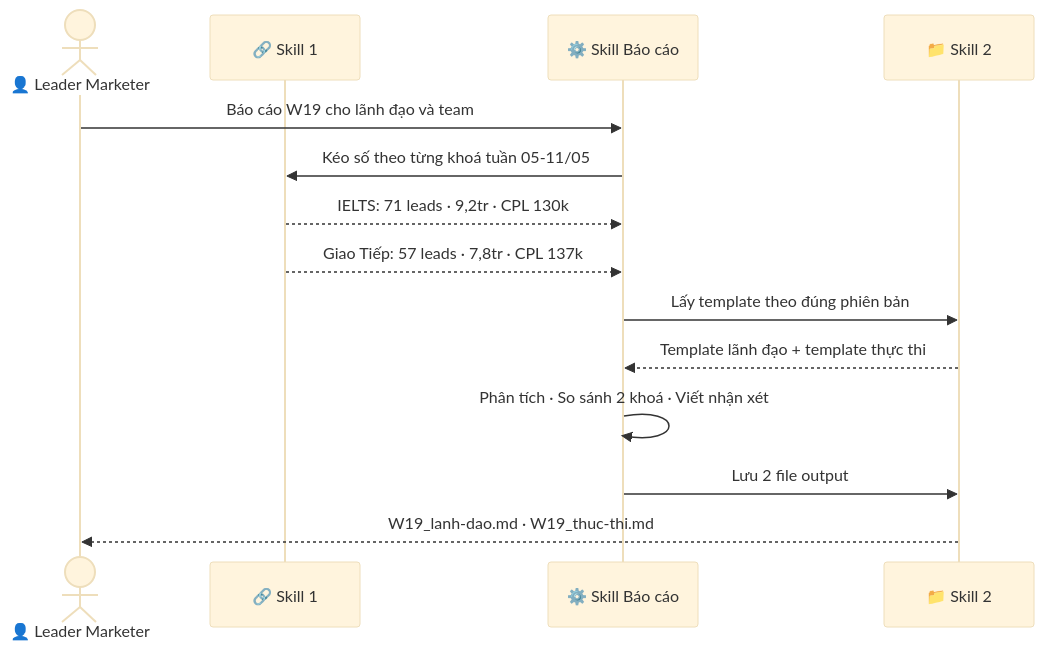
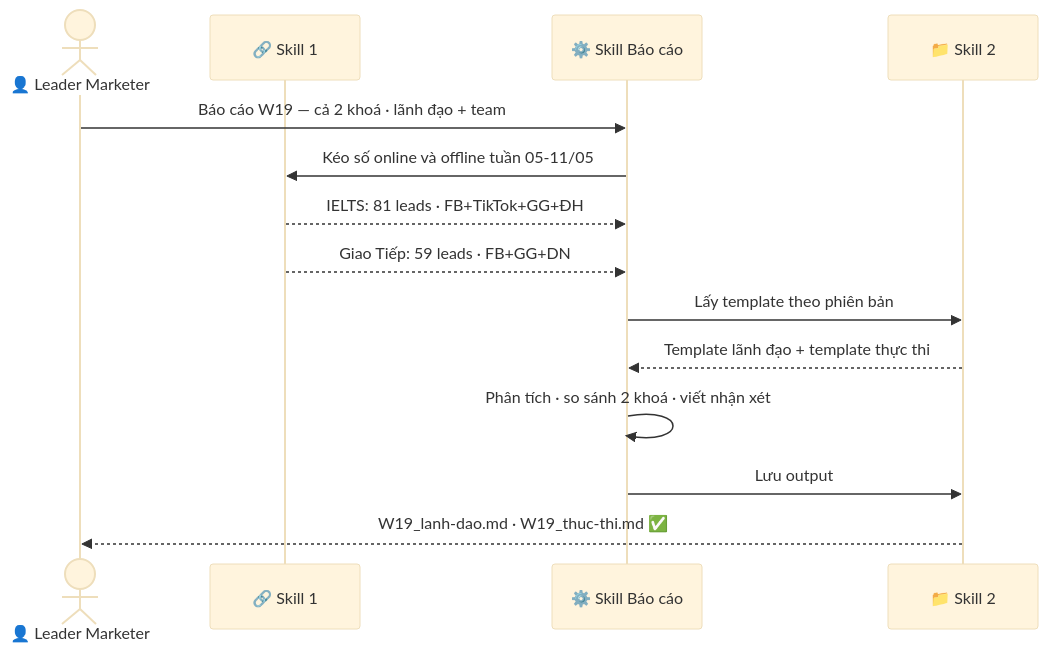
One commit to bochidung642-blip/1-kh-ng-gian-l-m-vi-c-c-nh-n-v-i-c-c-skills changed the seventh of 7 diagrams in README.md. Above: the diagram before and after it, drawn with Mermaid (base theme). The commit also changed other lines of this file, not shown here.

First line of the commit message:
docs: cập nhật README theo thông tin thực tế từ trung tâm

````diff
--- a/README.md
+++ b/README.md
@@ -169,17 +199,17 @@
 ```mermaid
 sequenceDiagram
     actor B as 👤 Leader Marketer
     participant S1 as 🔗 Skill 1
     participant S3 as ⚙️ Skill Báo cáo
     participant S2 as 📁 Skill 2
 
-    B->>S3: Báo cáo W19 cho lãnh đạo và team
-    S3->>S1: Kéo số theo từng khoá tuần 05-11/05
-    S1-->>S3: IELTS: 71 leads · 9,2tr · CPL 130k
-    S1-->>S3: Giao Tiếp: 57 leads · 7,8tr · CPL 137k
-    S3->>S2: Lấy template theo đúng phiên bản
+    B->>S3: Báo cáo W19 — cả 2 khoá · lãnh đạo + team
+    S3->>S1: Kéo số online và offline tuần 05-11/05
+    S1-->>S3: IELTS: 81 leads · FB+TikTok+GG+ĐH
+    S1-->>S3: Giao Tiếp: 59 leads · FB+GG+DN
+    S3->>S2: Lấy template theo phiên bản
     S2-->>S3: Template lãnh đạo + template thực thi
-    S3->>S3: Phân tích · So sánh 2 khoá · Viết nhận xét
-    S3->>S2: Lưu 2 file output
-    S2-->>B: W19_lanh-dao.md · W19_thuc-thi.md
+    S3->>S3: Phân tích · so sánh 2 khoá · viết nhận xét
+    S3->>S2: Lưu output
+    S2-->>B: W19_lanh-dao.md · W19_thuc-thi.md ✅
 ```
````
